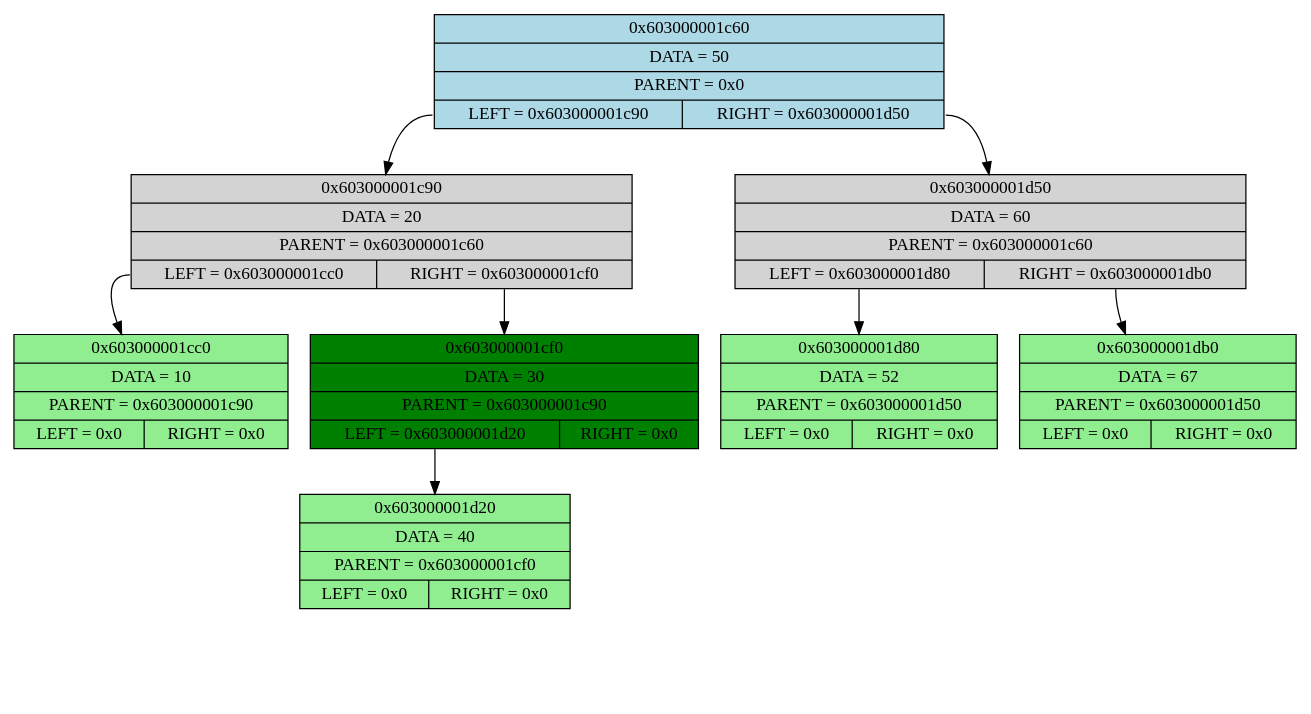
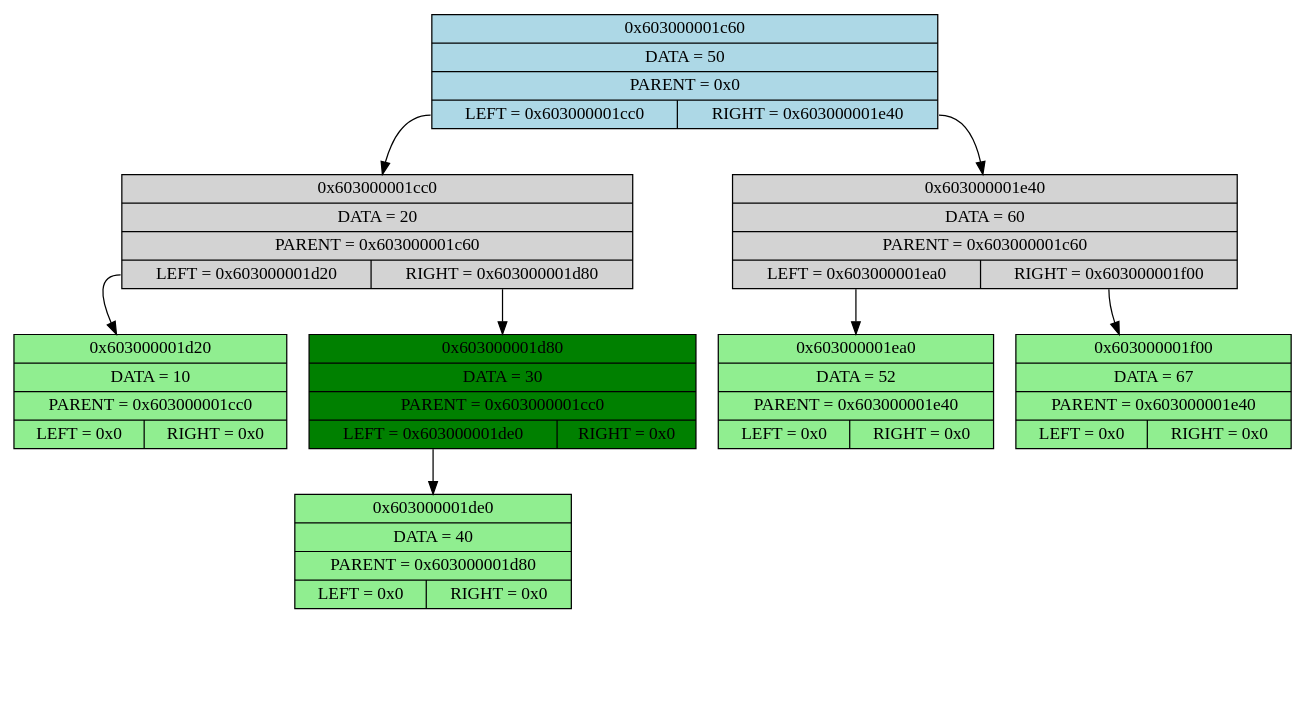
The diagram in tree.dot (Leonid256/Bin_Tree), drawn with Graphviz before and after one commit. The commit also changed 5 other files, not shown here.

```diff
--- a/tree.dot
+++ b/tree.dot
@@ -1,38 +1,38 @@
 digraph Tree
 {
 	ordering = out;
 	node [shape = record];
-	n_0x603000001c60 [style = filled, fillcolor = lightblue, label = "{ 0x603000001c60 | DATA = 50 | PARENT = 0x0 | { <l> LEFT = 0x603000001c90 | <r> RIGHT = 0x603000001d50}}"];
-	n_0x603000001c60:l -> n_0x603000001c90;
-	n_0x603000001c90 [style = filled, fillcolor = lightgrey, label = "{ 0x603000001c90 | DATA = 20 | PARENT = 0x603000001c60 | { <l> LEFT = 0x603000001cc0 | <r> RIGHT = 0x603000001cf0}}"];
-	n_0x603000001c90:l -> n_0x603000001cc0;
-	n_0x603000001cc0 [style = filled, fillcolor = lightgreen, label = "{ 0x603000001cc0 | DATA = 10 | PARENT = 0x603000001c90 | { <l> LEFT = 0x0 | <r> RIGHT = 0x0}}"];
-	nl_0x603000001cc0 [style = invis, label = "", width = 0];
-	n_0x603000001cc0:l -> nl_0x603000001cc0 [style = invis];
-	nr_0x603000001cc0 [style = invis, label = "", width = 0];
-	n_0x603000001cc0:r -> nr_0x603000001cc0 [style = invis];
-	n_0x603000001c90:r -> n_0x603000001cf0;
-	n_0x603000001cf0 [style = filled, fillcolor = green, label = "{ 0x603000001cf0 | DATA = 30 | PARENT = 0x603000001c90 | { <l> LEFT = 0x603000001d20 | <r> RIGHT = 0x0}}"];
-	n_0x603000001cf0:l -> n_0x603000001d20;
-	n_0x603000001d20 [style = filled, fillcolor = lightgreen, label = "{ 0x603000001d20 | DATA = 40 | PARENT = 0x603000001cf0 | { <l> LEFT = 0x0 | <r> RIGHT = 0x0}}"];
+	n_0x603000001c60 [style = filled, fillcolor = lightblue, label = "{ 0x603000001c60 | DATA = 50 | PARENT = 0x0 | { <l> LEFT = 0x603000001cc0 | <r> RIGHT = 0x603000001e40}}"];
+	n_0x603000001c60:l -> n_0x603000001cc0;
+	n_0x603000001cc0 [style = filled, fillcolor = lightgrey, label = "{ 0x603000001cc0 | DATA = 20 | PARENT = 0x603000001c60 | { <l> LEFT = 0x603000001d20 | <r> RIGHT = 0x603000001d80}}"];
+	n_0x603000001cc0:l -> n_0x603000001d20;
+	n_0x603000001d20 [style = filled, fillcolor = lightgreen, label = "{ 0x603000001d20 | DATA = 10 | PARENT = 0x603000001cc0 | { <l> LEFT = 0x0 | <r> RIGHT = 0x0}}"];
 	nl_0x603000001d20 [style = invis, label = "", width = 0];
 	n_0x603000001d20:l -> nl_0x603000001d20 [style = invis];
 	nr_0x603000001d20 [style = invis, label = "", width = 0];
 	n_0x603000001d20:r -> nr_0x603000001d20 [style = invis];
-	nr_0x603000001cf0 [style = invis, label = "", width = 0];
-	n_0x603000001cf0:r -> nr_0x603000001cf0 [style = invis];
-	n_0x603000001c60:r -> n_0x603000001d50;
-	n_0x603000001d50 [style = filled, fillcolor = lightgrey, label = "{ 0x603000001d50 | DATA = 60 | PARENT = 0x603000001c60 | { <l> LEFT = 0x603000001d80 | <r> RIGHT = 0x603000001db0}}"];
-	n_0x603000001d50:l -> n_0x603000001d80;
-	n_0x603000001d80 [style = filled, fillcolor = lightgreen, label = "{ 0x603000001d80 | DATA = 52 | PARENT = 0x603000001d50 | { <l> LEFT = 0x0 | <r> RIGHT = 0x0}}"];
-	nl_0x603000001d80 [style = invis, label = "", width = 0];
-	n_0x603000001d80:l -> nl_0x603000001d80 [style = invis];
+	n_0x603000001cc0:r -> n_0x603000001d80;
+	n_0x603000001d80 [style = filled, fillcolor = green, label = "{ 0x603000001d80 | DATA = 30 | PARENT = 0x603000001cc0 | { <l> LEFT = 0x603000001de0 | <r> RIGHT = 0x0}}"];
+	n_0x603000001d80:l -> n_0x603000001de0;
+	n_0x603000001de0 [style = filled, fillcolor = lightgreen, label = "{ 0x603000001de0 | DATA = 40 | PARENT = 0x603000001d80 | { <l> LEFT = 0x0 | <r> RIGHT = 0x0}}"];
+	nl_0x603000001de0 [style = invis, label = "", width = 0];
+	n_0x603000001de0:l -> nl_0x603000001de0 [style = invis];
+	nr_0x603000001de0 [style = invis, label = "", width = 0];
+	n_0x603000001de0:r -> nr_0x603000001de0 [style = invis];
 	nr_0x603000001d80 [style = invis, label = "", width = 0];
 	n_0x603000001d80:r -> nr_0x603000001d80 [style = invis];
-	n_0x603000001d50:r -> n_0x603000001db0;
-	n_0x603000001db0 [style = filled, fillcolor = lightgreen, label = "{ 0x603000001db0 | DATA = 67 | PARENT = 0x603000001d50 | { <l> LEFT = 0x0 | <r> RIGHT = 0x0}}"];
-	nl_0x603000001db0 [style = invis, label = "", width = 0];
-	n_0x603000001db0:l -> nl_0x603000001db0 [style = invis];
-	nr_0x603000001db0 [style = invis, label = "", width = 0];
-	n_0x603000001db0:r -> nr_0x603000001db0 [style = invis];
+	n_0x603000001c60:r -> n_0x603000001e40;
+	n_0x603000001e40 [style = filled, fillcolor = lightgrey, label = "{ 0x603000001e40 | DATA = 60 | PARENT = 0x603000001c60 | { <l> LEFT = 0x603000001ea0 | <r> RIGHT = 0x603000001f00}}"];
+	n_0x603000001e40:l -> n_0x603000001ea0;
+	n_0x603000001ea0 [style = filled, fillcolor = lightgreen, label = "{ 0x603000001ea0 | DATA = 52 | PARENT = 0x603000001e40 | { <l> LEFT = 0x0 | <r> RIGHT = 0x0}}"];
+	nl_0x603000001ea0 [style = invis, label = "", width = 0];
+	n_0x603000001ea0:l -> nl_0x603000001ea0 [style = invis];
+	nr_0x603000001ea0 [style = invis, label = "", width = 0];
+	n_0x603000001ea0:r -> nr_0x603000001ea0 [style = invis];
+	n_0x603000001e40:r -> n_0x603000001f00;
+	n_0x603000001f00 [style = filled, fillcolor = lightgreen, label = "{ 0x603000001f00 | DATA = 67 | PARENT = 0x603000001e40 | { <l> LEFT = 0x0 | <r> RIGHT = 0x0}}"];
+	nl_0x603000001f00 [style = invis, label = "", width = 0];
+	n_0x603000001f00:l -> nl_0x603000001f00 [style = invis];
+	nr_0x603000001f00 [style = invis, label = "", width = 0];
+	n_0x603000001f00:r -> nr_0x603000001f00 [style = invis];
 }
```
